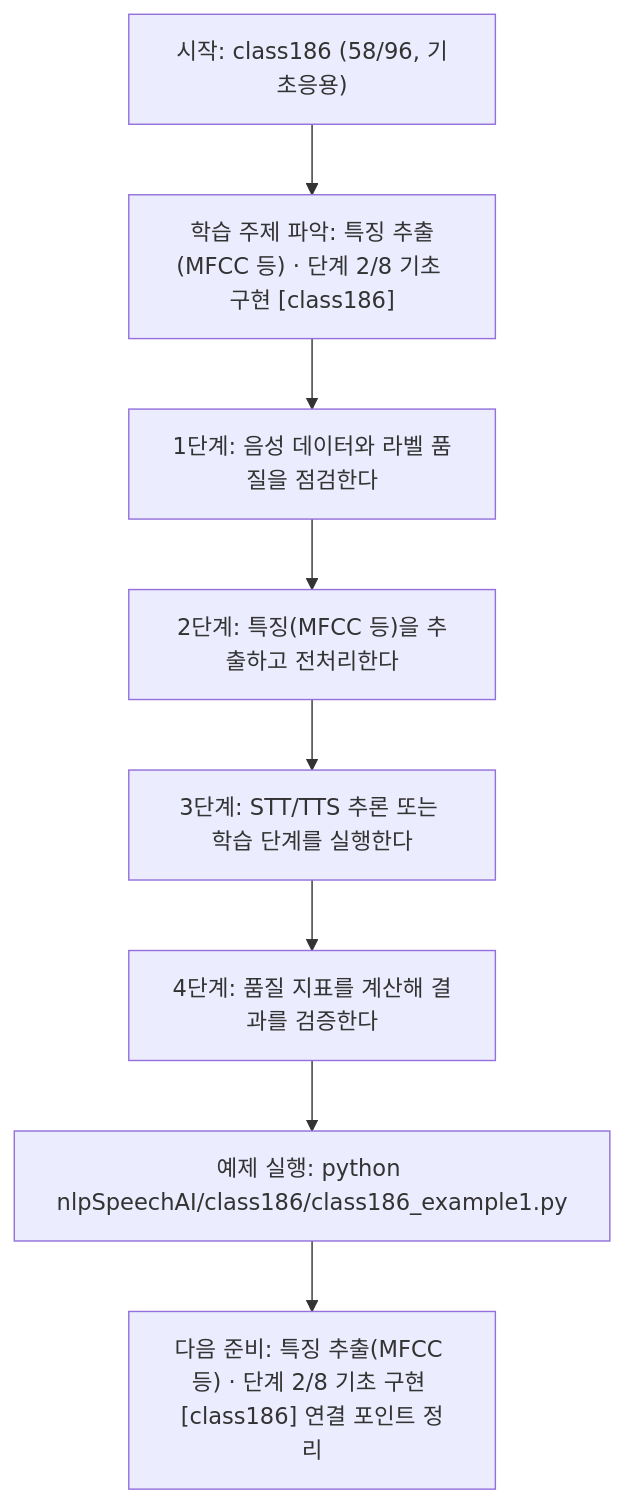
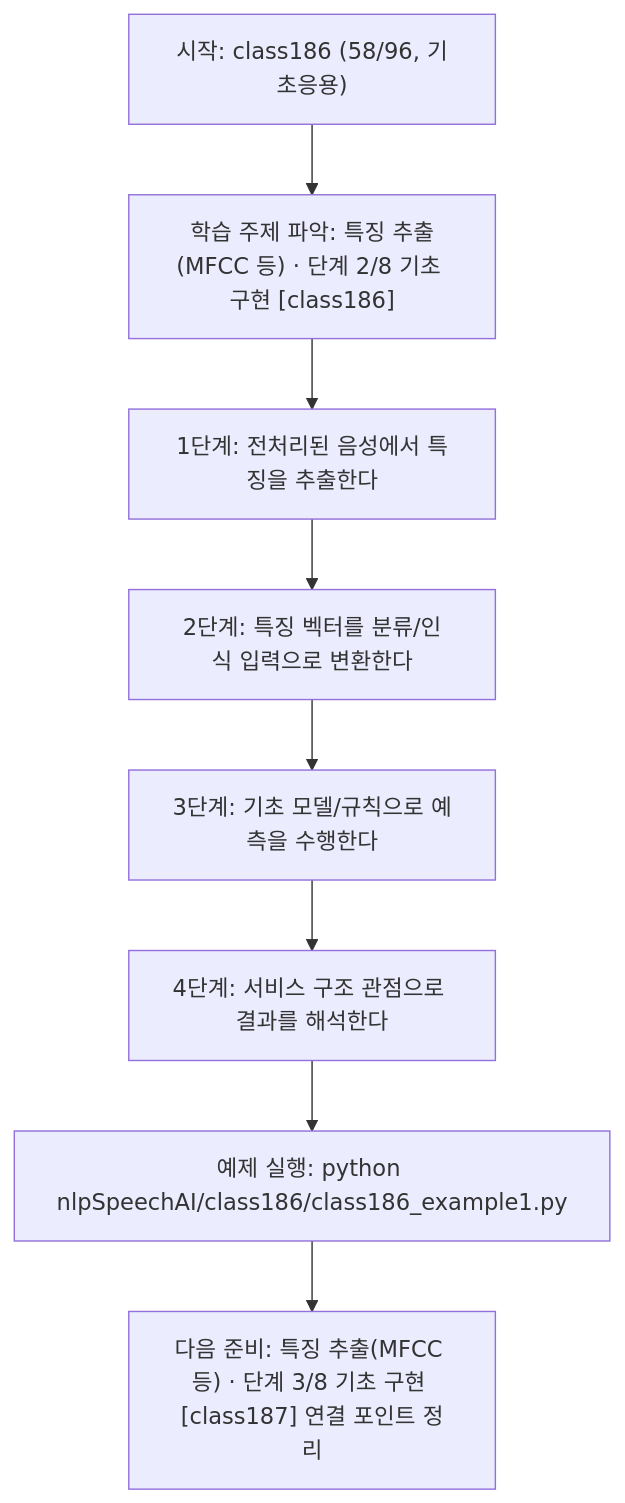
The diagram in nlpSpeechAI/class186/class186.md (edumgt/Python-AI_Agent-Class), drawn with Mermaid before and after one commit. The commit also changed other lines of this file and 1122 other files, not shown here.

````diff
--- a/nlpSpeechAI/class186/class186.md
+++ b/nlpSpeechAI/class186/class186.md
@@ -114,18 +95,18 @@
 ```mermaid
 flowchart TD
 N1["시작: class186 (58/96, 기초응용)"]
 N2["학습 주제 파악: 특징 추출(MFCC 등) · 단계 2/8 기초 구현 [class186]"]
-N3["1단계: 음성 데이터와 라벨 품질을 점검한다"]
-N4["2단계: 특징(MFCC 등)을 추출하고 전처리한다"]
-N5["3단계: STT/TTS 추론 또는 학습 단계를 실행한다"]
-N6["4단계: 품질 지표를 계산해 결과를 검증한다"]
+N3["1단계: 전처리된 음성에서 특징을 추출한다"]
+N4["2단계: 특징 벡터를 분류/인식 입력으로 변환한다"]
+N5["3단계: 기초 모델/규칙으로 예측을 수행한다"]
+N6["4단계: 서비스 구조 관점으로 결과를 해석한다"]
 N7["예제 실행: python nlpSpeechAI/class186/class186_example1.py"]
-N8["다음 준비: 특징 추출(MFCC 등) · 단계 2/8 기초 구현 [class186] 연결 포인트 정리"]
+N8["다음 준비: 특징 추출(MFCC 등) · 단계 3/8 기초 구현 [class187] 연결 포인트 정리"]
 N1 --> N2
 N2 --> N3
 N3 --> N4
 N4 --> N5
 N5 --> N6
 N6 --> N7
 N7 --> N8
 ```
````
